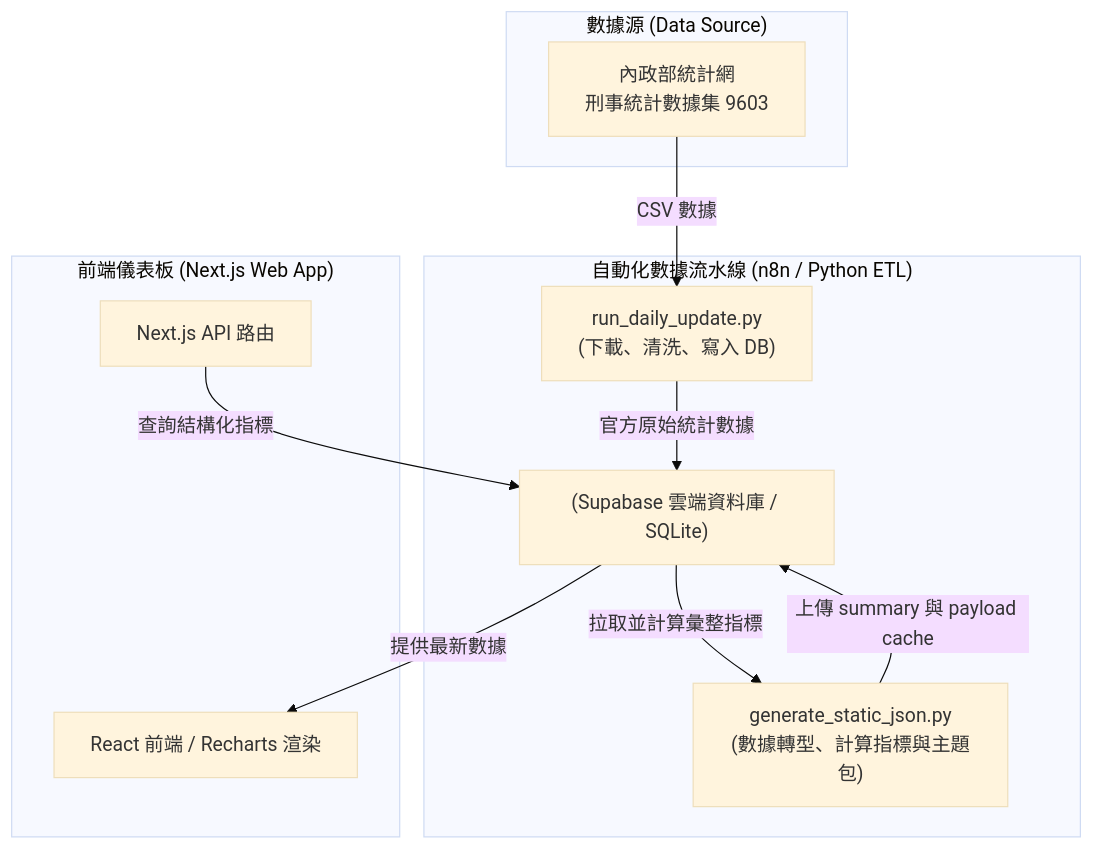
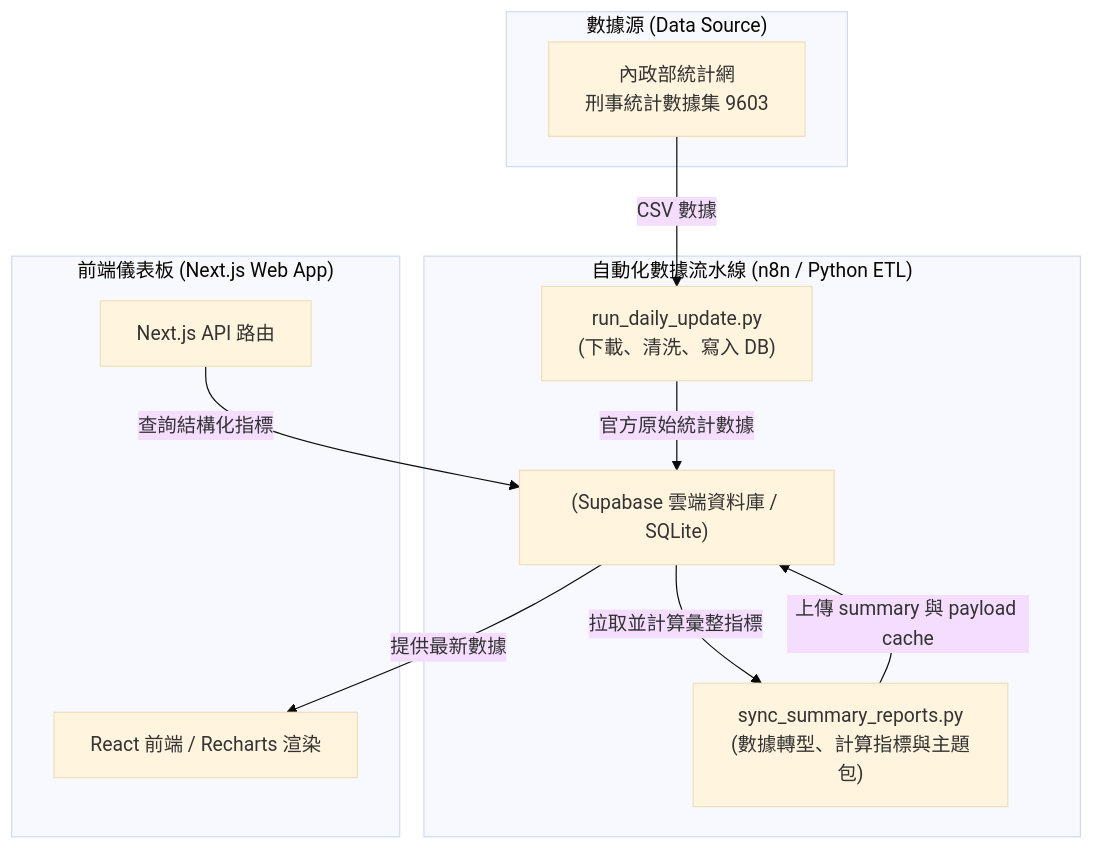
One commit to dec591nyc/Public-Safety-Integrity-Analytics changed the diagram in README.md. Above: the diagram before and after it, drawn with Mermaid (base theme). The commit also changed other lines of this file and 6 other files, not shown here.

````diff
--- a/README.md
+++ b/README.md
@@ -36,20 +36,20 @@
 ```mermaid
 flowchart TD
     subgraph "數據源 (Data Source)"
         A[內政部統計網\n刑事統計數據集 9603]
     end
 
     subgraph "自動化數據流水線 (n8n / Python ETL)"
         B["run_daily_update.py\n(下載、清洗、寫入 DB)"]
-        C["generate_static_json.py\n(數據轉型、計算指標與主題包)"]
+        C["sync_summary_reports.py\n(數據轉型、計算指標與主題包)"]
         A -->|CSV 數據| B
         B -->|官方原始統計數據| D["(Supabase 雲端資料庫 / SQLite)"]
         D -->|拉取並計算彙整指標| C
         C -->|上傳 summary 與 payload cache| D
     end
 
     subgraph "前端儀表板 (Next.js Web App)"
         F[Next.js API 路由] -->|查詢結構化指標| D
         D -->|提供最新數據| H[React 前端 / Recharts 渲染]
     end
 ```
````
